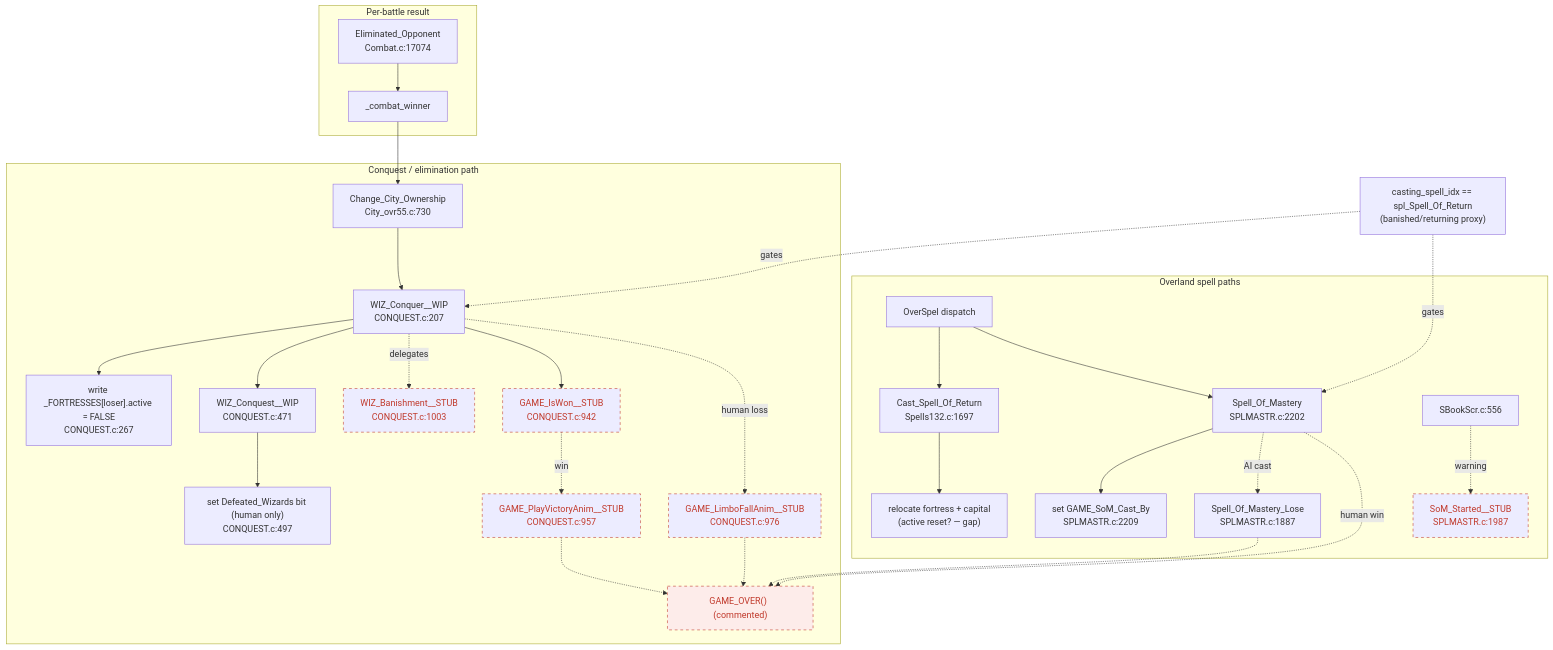
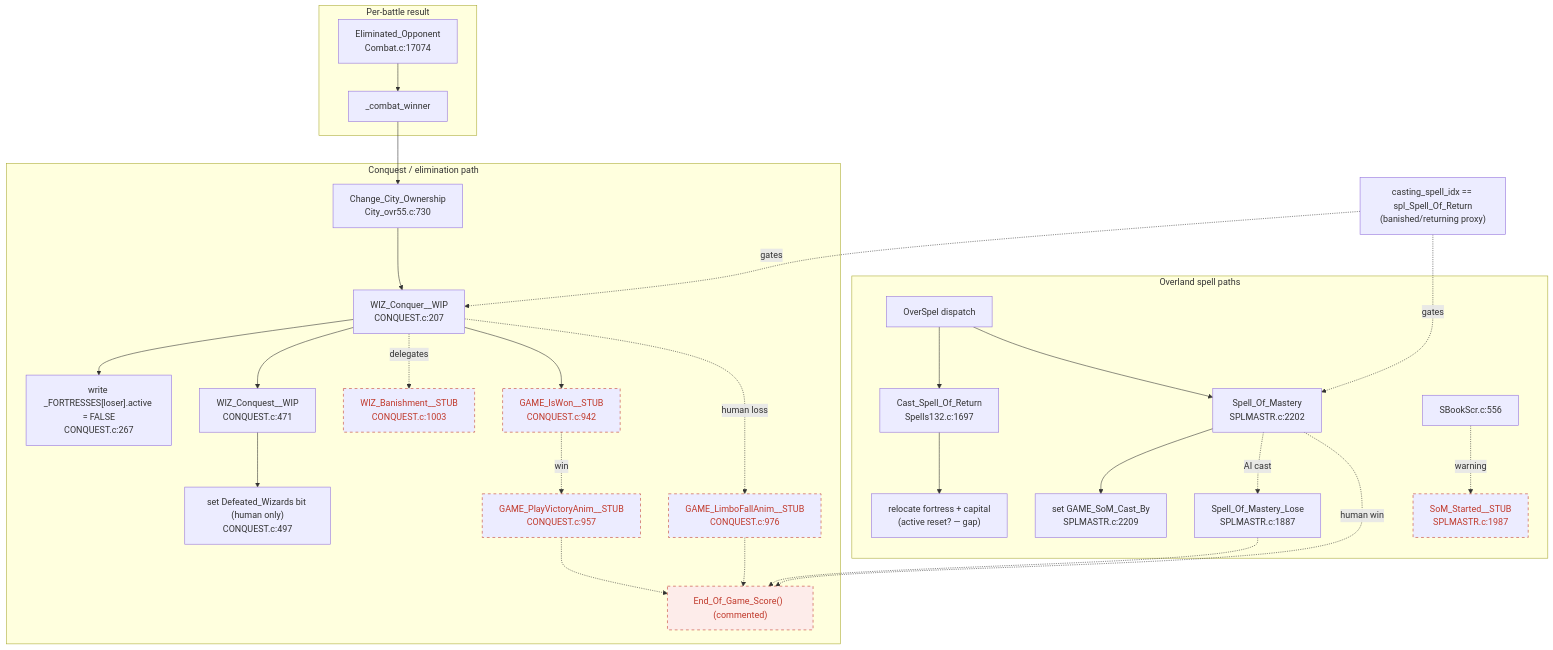
The diagram in doc/#AI_Plans/BRA-Endgame-Testing.md (jbalcomb/ReMoM), drawn with Mermaid before and after one commit. The commit also changed other lines of this file and 20 other files, not shown here.

Commit message:
done-done End_Of_Game_Score

````diff
--- a/doc/#AI_Plans/BRA-Endgame-Testing.md
+++ b/doc/#AI_Plans/BRA-Endgame-Testing.md
@@ -228,39 +228,39 @@
 ```mermaid
 graph TD
     subgraph Conquest["Conquest / elimination path"]
         CCO["Change_City_Ownership<br/>City_ovr55.c:730"] --> WCW["WIZ_Conquer__WIP<br/>CONQUEST.c:207"]
         WCW --> FA["write _FORTRESSES[loser].active = FALSE<br/>CONQUEST.c:267"]
         WCW --> WCQ["WIZ_Conquest__WIP<br/>CONQUEST.c:471"]
         WCQ --> DWB["set Defeated_Wizards bit (human only)<br/>CONQUEST.c:497"]
         WCW -.delegates.-> WBS["WIZ_Banishment__STUB<br/>CONQUEST.c:1003"]
         WCW --> GIW["GAME_IsWon__STUB<br/>CONQUEST.c:942"]
         GIW -.win.-> GPV["GAME_PlayVictoryAnim__STUB<br/>CONQUEST.c:957"]
         WCW -.human loss.-> GLF["GAME_LimboFallAnim__STUB<br/>CONQUEST.c:976"]
-        GPV -.-> GOV["GAME_OVER()  (commented)"]
+        GPV -.-> GOV["End_Of_Game_Score()  (commented)"]
         GLF -.-> GOV
     end
 
     subgraph Combat["Per-battle result"]
         EO["Eliminated_Opponent<br/>Combat.c:17074"] --> CW["_combat_winner"]
         CW --> CCO
     end
 
     subgraph Spells["Overland spell paths"]
         OSP["OverSpel dispatch"] --> CSR["Cast_Spell_Of_Return<br/>Spells132.c:1697"]
         OSP --> SOM["Spell_Of_Mastery<br/>SPLMASTR.c:2202"]
         CSR --> RELO["relocate fortress + capital<br/>(active reset? — gap)"]
         SOM --> SCB["set GAME_SoM_Cast_By<br/>SPLMASTR.c:2209"]
         SOM -.AI cast.-> SOL["Spell_Of_Mastery_Lose<br/>SPLMASTR.c:1887"]
         SOM -.human win.-> GOV
         SOL -.-> GOV
         SBS["SBookScr.c:556"] -.warning.-> SST["SoM_Started__STUB<br/>SPLMASTR.c:1987"]
     end
 
     CSTATE["casting_spell_idx == spl_Spell_Of_Return<br/>(banished/returning proxy)"] -.gates.-> WCW
     CSTATE -.gates.-> SOM
 
     classDef stub stroke-dasharray:5 5,stroke:#c0392b,color:#c0392b;
     classDef commented fill:#fdecea,stroke:#c0392b,stroke-dasharray:5 5,color:#c0392b;
     class WBS,GIW,GPV,GLF,SST stub;
     class GOV commented;
 ```
````
